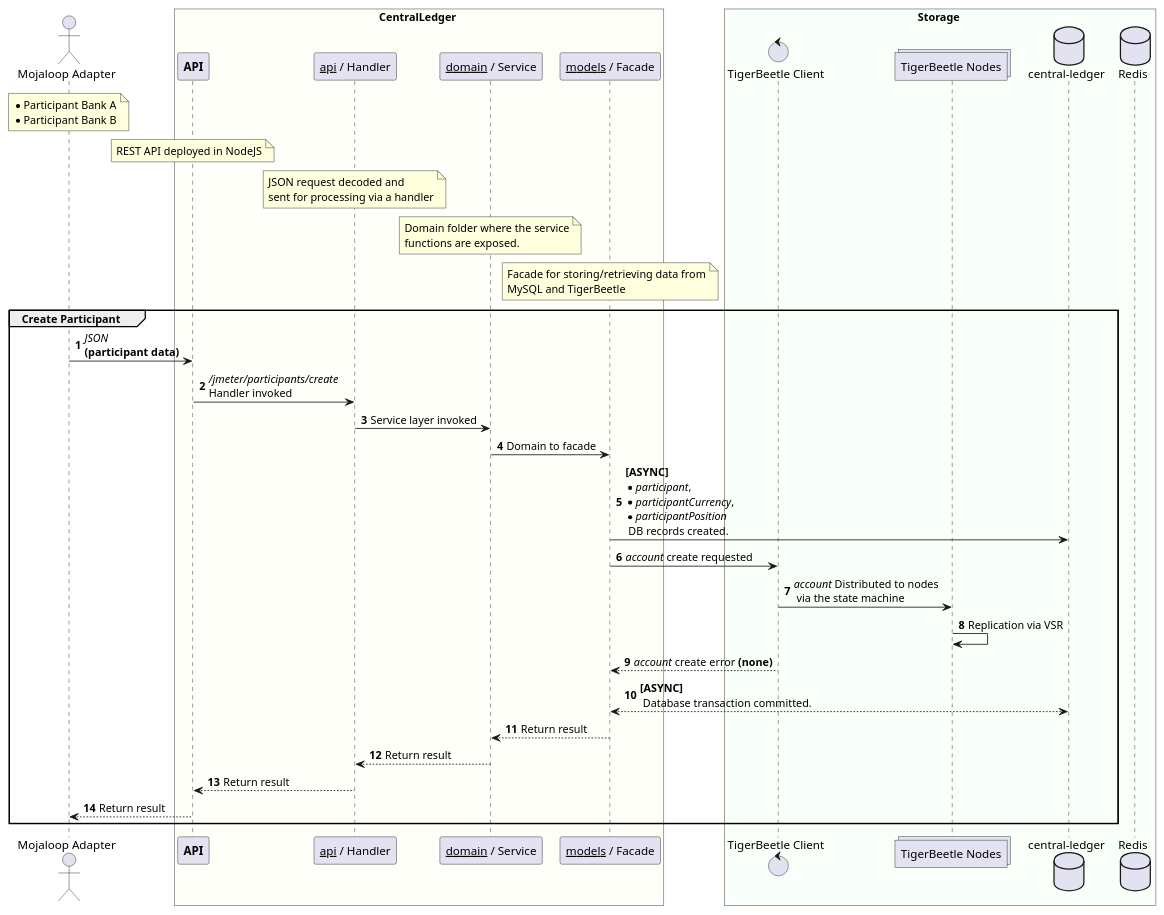
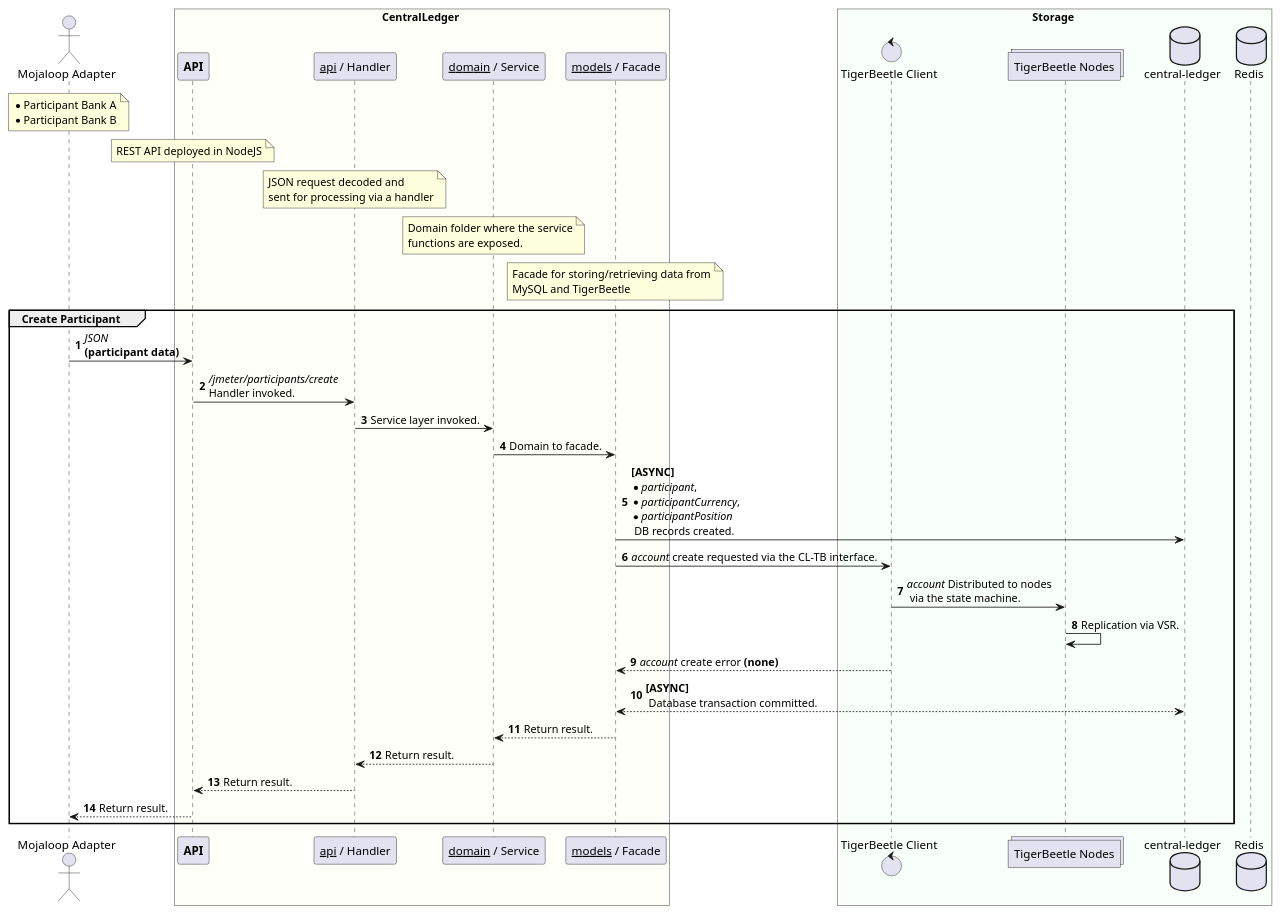
The diagram in solution_design/sequence-participant-tb-enabled-create.puml (coilhq/mucoa), drawn with PlantUML before and after one commit. The commit also changed 6 other files, not shown here.

Commit message:
Update diagrams for TB/CL interface.

```diff
--- a/solution_design/sequence-participant-tb-enabled-create.puml
+++ b/solution_design/sequence-participant-tb-enabled-create.puml
@@ -1,60 +1,60 @@
 @startuml
 
 actor "Mojaloop Adapter" as dfsp
 note over dfsp
     * Participant Bank A
     * Participant Bank B
 end note
 
 box CentralLedger #FFFFF9
     participant "**API**" as cl_api
     participant "__api__ / Handler" as cl_handler
     participant "__domain__ / Service" as cl_domain
     participant "__models__ / Facade" as cl_facade
 
     note over cl_api
         REST API deployed in NodeJS
     end note
 
     note over cl_handler
         JSON request decoded and
         sent for processing via a handler
     end note
 
     note over cl_domain
         Domain folder where the service
         functions are exposed.
     end note
 
     note over cl_facade
         Facade for storing/retrieving data from
         MySQL and TigerBeetle
     end note
 end box
 
 box Storage #F9FFF9
 	control "TigerBeetle Client" as tb_client
 	collections "TigerBeetle Nodes" as tb_nodes
 	database "central-ledger" as cl_db
 	database "Redis" as redis_cache
 end box
 
 autonumber
 group Create Participant
     dfsp -> cl_api : //JSON// \n**(participant data)**
-    cl_api -> cl_handler : ///jmeter/participants/create// \nHandler invoked
-    cl_handler -> cl_domain : Service layer invoked
-    cl_domain -> cl_facade : Domain to facade
+    cl_api -> cl_handler : ///jmeter/participants/create// \nHandler invoked.
+    cl_handler -> cl_domain : Service layer invoked.
+    cl_domain -> cl_facade : Domain to facade.
     cl_facade -> cl_db : **[ASYNC]**\n*//participant//, \n*//participantCurrency//, \n*//participantPosition// \n DB records created.
-    cl_facade -> tb_client : //account// create requested
-    tb_client -> tb_nodes : //account// Distributed to nodes\n via the state machine
-    tb_nodes -> tb_nodes : Replication via VSR
+    cl_facade -> tb_client : //account// create requested via the CL-TB interface.
+    tb_client -> tb_nodes : //account// Distributed to nodes\n via the state machine.
+    tb_nodes -> tb_nodes : Replication via VSR.
     tb_client --> cl_facade : //account// create error **(none)**
     cl_db <--> cl_facade : **[ASYNC]**\n Database transaction committed.
-    cl_facade --> cl_domain : Return result
-    cl_domain --> cl_handler : Return result
-    cl_handler --> cl_api : Return result
-    cl_api --> dfsp : Return result
+    cl_facade --> cl_domain : Return result.
+    cl_domain --> cl_handler : Return result.
+    cl_handler --> cl_api : Return result.
+    cl_api --> dfsp : Return result.
 end
 
 @enduml
```
